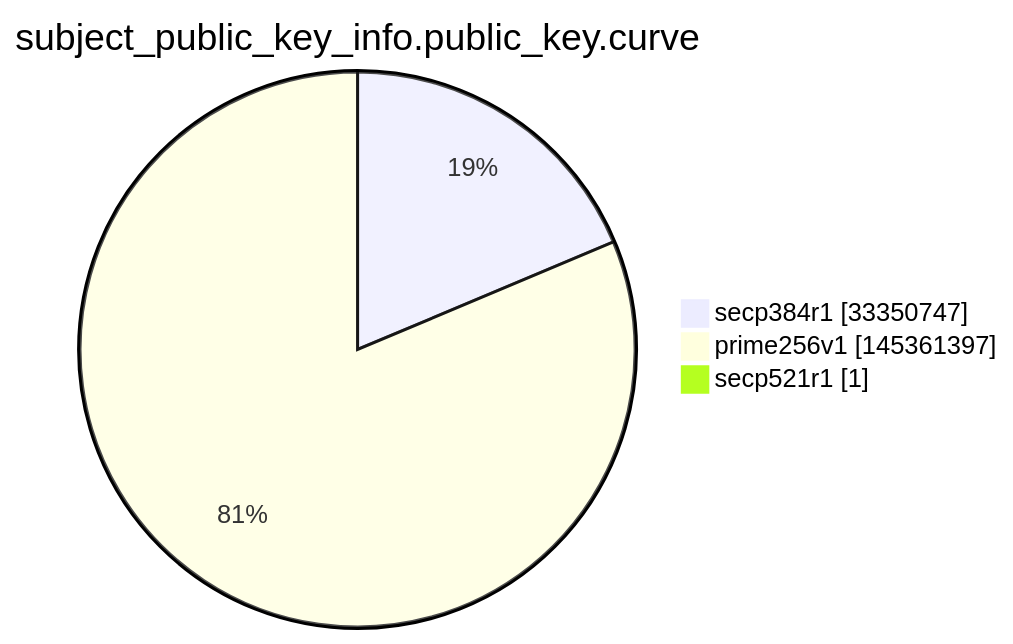
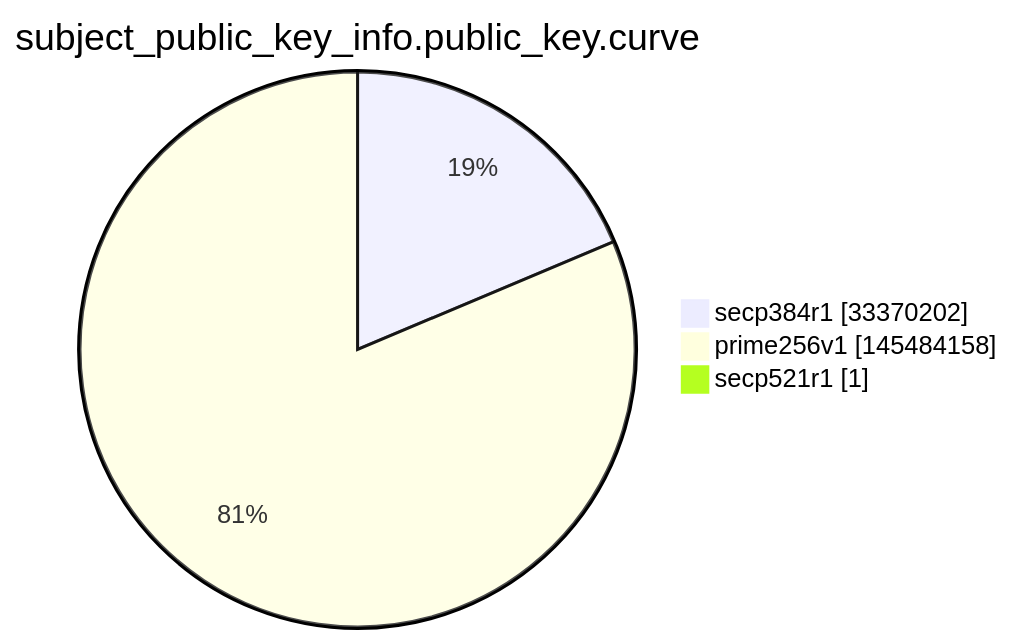
The ninth of 15 diagrams in argon2022/README.md (christiankrug/ctmonitor_visualization), drawn with Mermaid before and after one commit. The commit also changed other lines of this file, not shown here.

````diff
--- a/argon2022/README.md
+++ b/argon2022/README.md
@@ -2764,7 +2764,7 @@
 ```mermaid
 pie showData
 title subject_public_key_info.public_key.curve
-"secp384r1" :33350747
-"prime256v1" :145361397
+"secp384r1" :33370202
+"prime256v1" :145484158
 "secp521r1" :1
 ```
````
